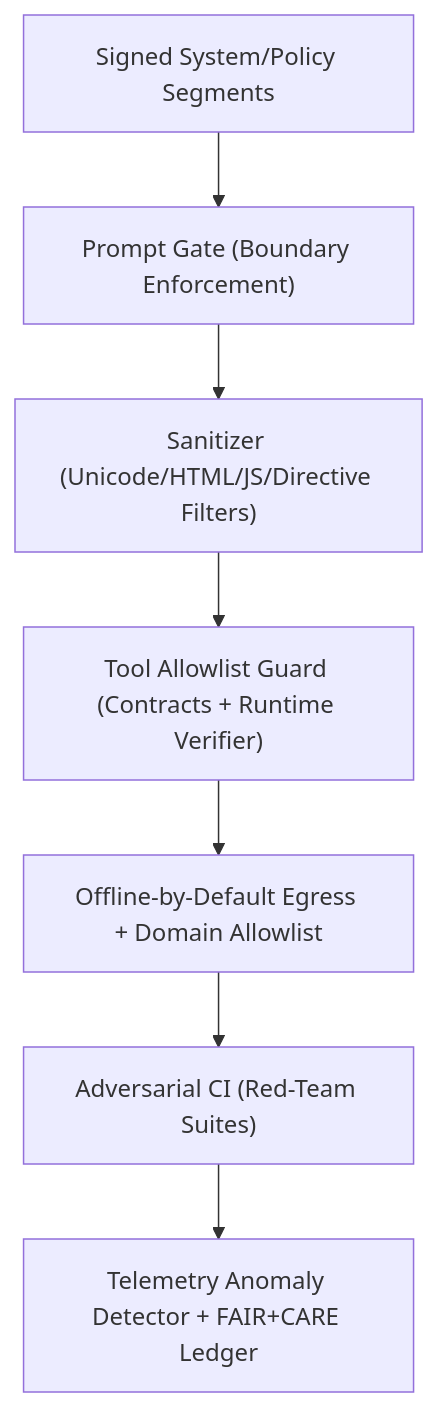
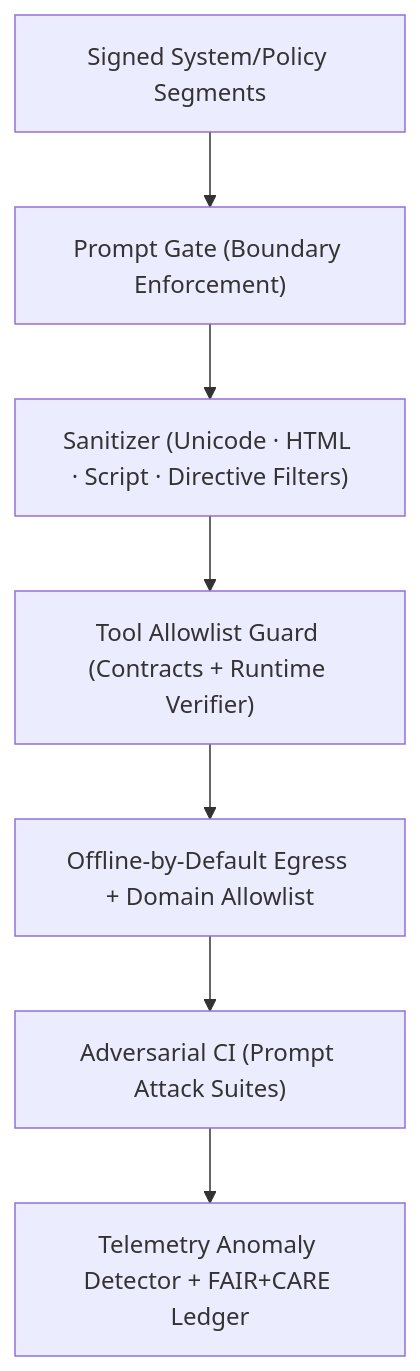
One commit to bartytime4life/Kansas-Frontier-Matrix changed the diagram in docs/security/prompt-injection-defense.md. Above: the diagram before and after it, drawn with Mermaid. The commit also changed other lines of this file, not shown here.

First line of the commit message:
Update version and enhance prompt injection defense doc

````diff
--- a/docs/security/prompt-injection-defense.md
+++ b/docs/security/prompt-injection-defense.md
@@ -63,9 +72,9 @@
 ```mermaid
 flowchart TD
   A["Signed System/Policy Segments"] --> B["Prompt Gate (Boundary Enforcement)"]
-  B --> C["Sanitizer (Unicode/HTML/JS/Directive Filters)"]
+  B --> C["Sanitizer (Unicode · HTML · Script · Directive Filters)"]
   C --> D["Tool Allowlist Guard (Contracts + Runtime Verifier)"]
   D --> E["Offline-by-Default Egress + Domain Allowlist"]
-  E --> F["Adversarial CI (Red-Team Suites)"]
+  E --> F["Adversarial CI (Prompt Attack Suites)"]
   F --> G["Telemetry Anomaly Detector + FAIR+CARE Ledger"]
 ```
````
